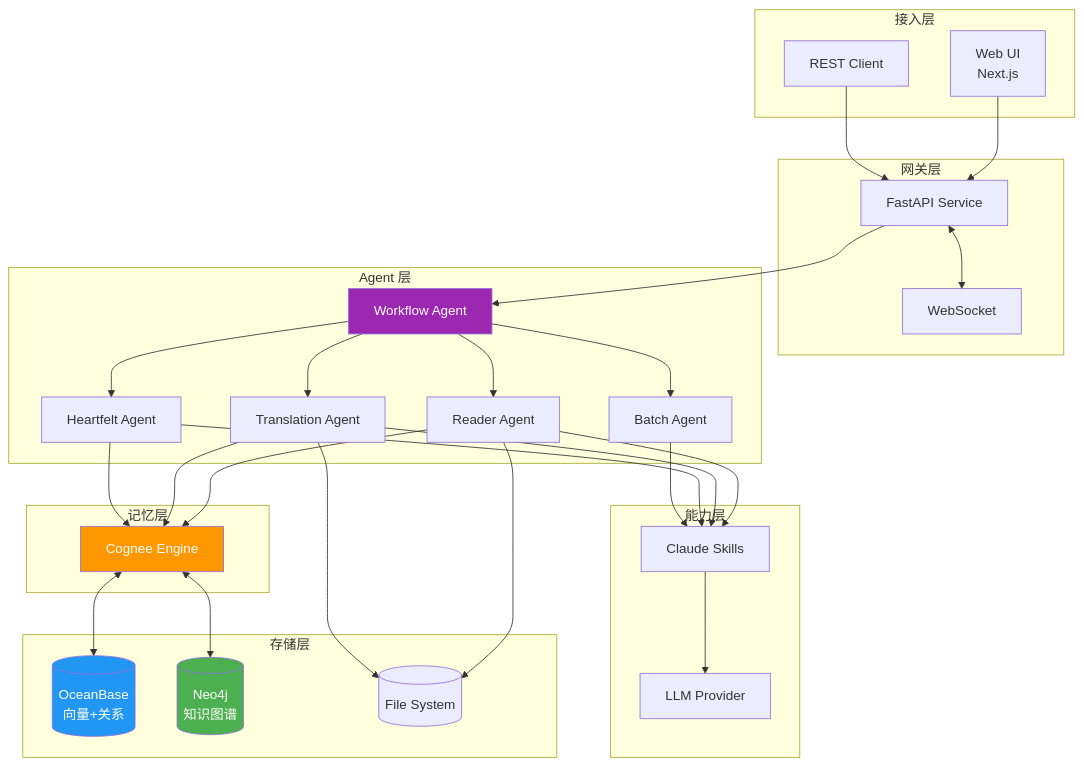
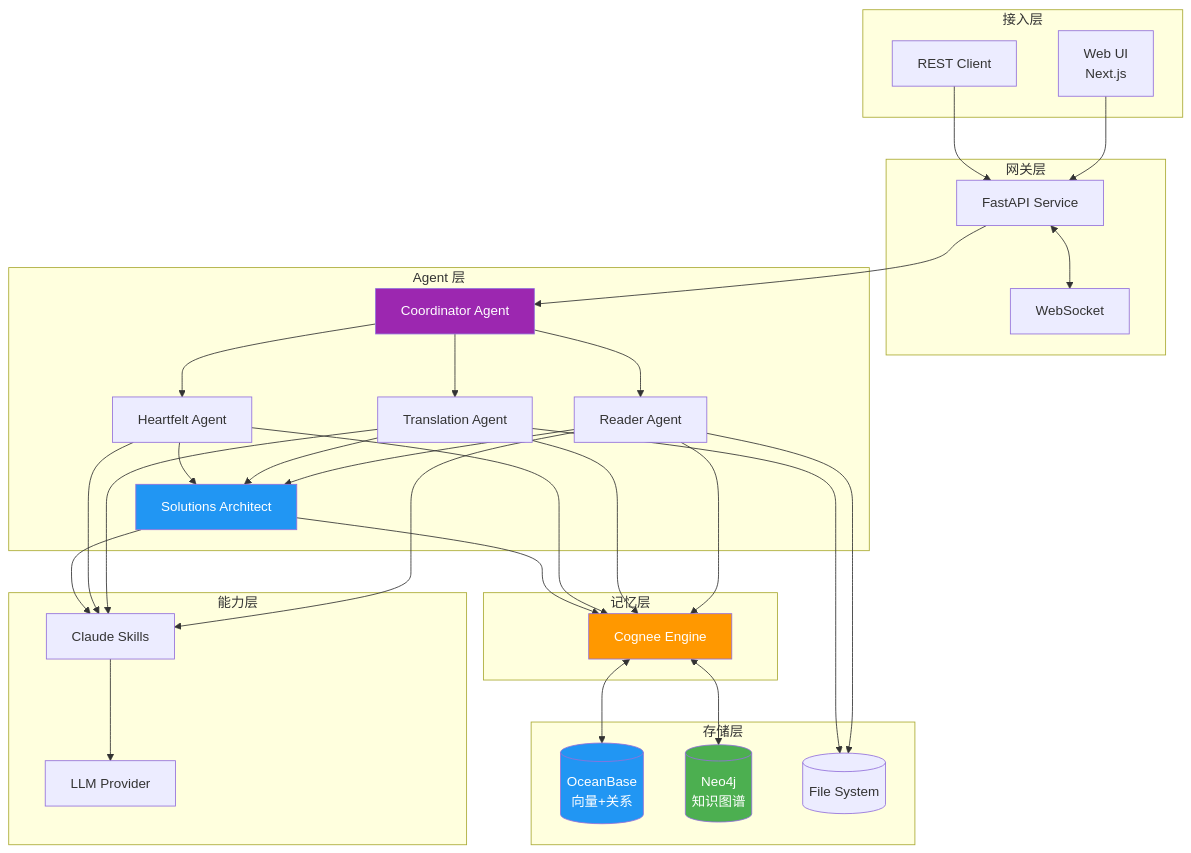
One commit to ThreeFish-AI/agentic-ai-cognizes changed diagram 12 of 13 in docs/000-prd.md. Above: the diagram before and after it, drawn with Mermaid. The commit also changed other lines of this file and 1 other file, not shown here.

````diff
--- a/docs/000-prd.md
+++ b/docs/000-prd.md
@@ -542,50 +587,52 @@
 ```mermaid
 flowchart TD
     subgraph "接入层"
         WebUI[Web UI<br/>Next.js]
         API_Client[REST Client]
     end
 
     subgraph "网关层"
         FastAPI[FastAPI Service]
         WS[WebSocket]
     end
 
     subgraph "Agent 层"
-        WA[Workflow Agent]
+        CA[Coordinator Agent]
         RA[Reader Agent]
         TA[Translation Agent]
         HA[Heartfelt Agent]
-        BA[Batch Agent]
+        SA[Solutions Architect]
     end
 
     subgraph "能力层"
         Skills[Claude Skills]
         LLM[LLM Provider]
     end
 
     subgraph "记忆层"
         Cognee[Cognee Engine]
     end
 
     subgraph "存储层"
         OB[(OceanBase<br/>向量+关系)]
         Neo[(Neo4j<br/>知识图谱)]
         FS[(File System)]
     end
 
     WebUI & API_Client --> FastAPI
     FastAPI <--> WS
-    FastAPI --> WA
-    WA --> RA & TA & HA & BA
-    RA & TA & HA & BA --> Skills
+    FastAPI --> CA
+    CA --> RA & TA & HA
+    RA & TA & HA --> SA
+    RA & TA & HA & SA --> Skills
     Skills --> LLM
-    RA & TA & HA --> Cognee
+    RA & TA & HA & SA --> Cognee
     Cognee <--> OB & Neo
     RA & TA --> FS
 
-    style WA fill:#9c27b0,color:#fff
+    style CA fill:#9c27b0,color:#fff
+    style SA fill:#2196f3,color:#fff
     style Cognee fill:#ff9800,color:#fff
     style OB fill:#2196f3,color:#fff
     style Neo fill:#4caf50,color:#fff
 ```
````
